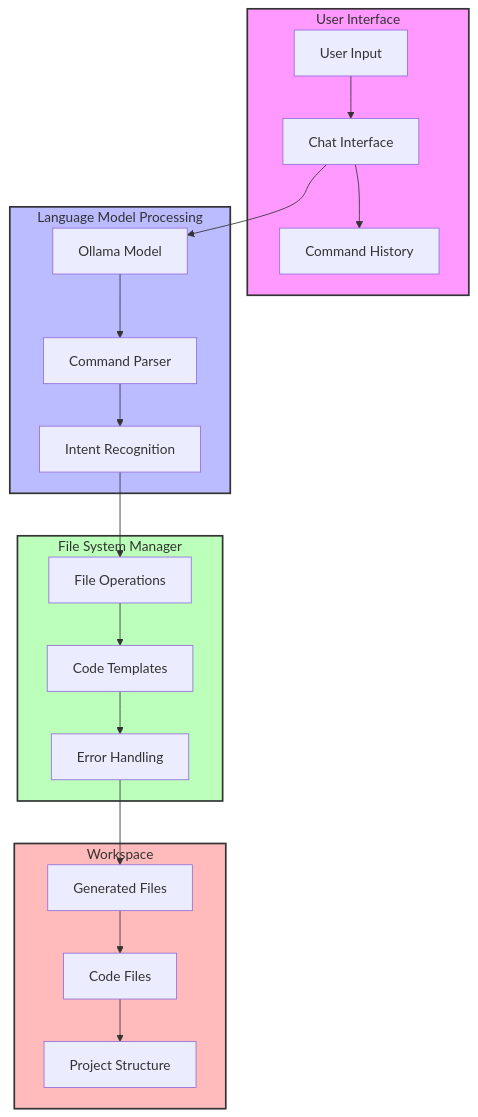
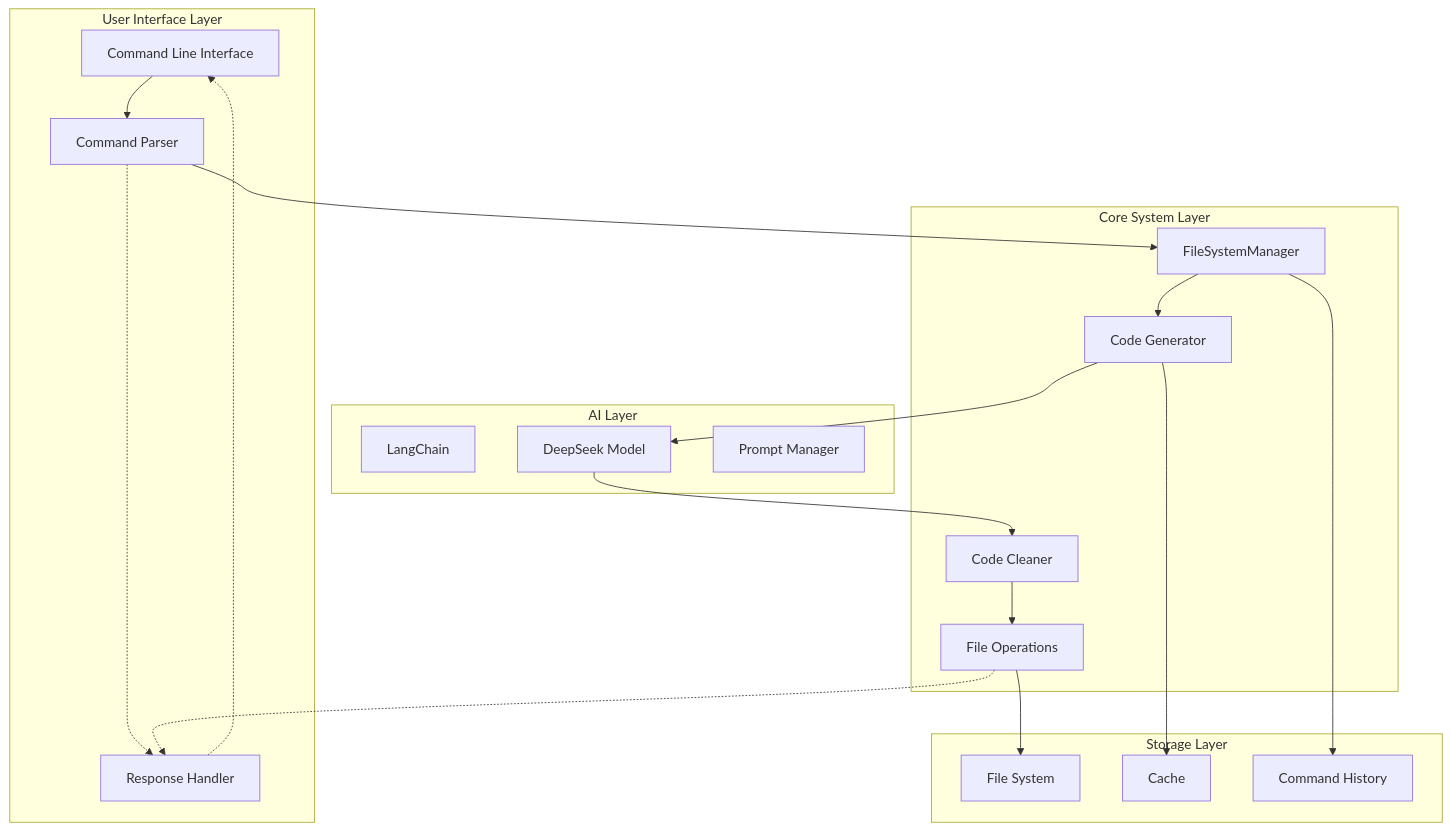
One commit to Iconoclast9000/OmniAIgent changed the diagram in docs/diagrams/system_architecture.mmd. Above: the diagram before and after it, drawn with Mermaid. The commit also changed 20 other files, not shown here.

Commit message:
Updated project with AI code generation and documentation

```diff
--- a/docs/diagrams/system_architecture.mmd
+++ b/docs/diagrams/system_architecture.mmd
@@ -1,29 +1,42 @@
-flowchart TB
-    subgraph UI[User Interface]
-        A[User Input] --> B[Chat Interface]
-        B --> C[Command History]
+graph TD
+    %% System Architecture Diagram
+    subgraph UserInterface["User Interface Layer"]
+        CLI[Command Line Interface]
+        Parser[Command Parser]
+        Response[Response Handler]
     end
 
-    subgraph LLM[Language Model Processing]
-        D[Ollama Model] --> E[Command Parser]
-        E --> F[Intent Recognition]
+    subgraph CoreSystem["Core System Layer"]
+        FSM[FileSystemManager]
+        CodeGen[Code Generator]
+        CodeClean[Code Cleaner]
+        FileOps[File Operations]
     end
 
-    subgraph FSM[File System Manager]
-        G[File Operations] --> H[Code Templates]
-        H --> I[Error Handling]
+    subgraph AILayer["AI Layer"]
+        LangChain[LangChain]
+        AIModel[DeepSeek Model]
+        Prompt[Prompt Manager]
     end
 
-    subgraph WS[Workspace]
-        J[Generated Files] --> K[Code Files]
-        K --> L[Project Structure]
+    subgraph Storage["Storage Layer"]
+        FS[File System]
+        Cache[Cache]
+        History[Command History]
     end
 
-    B --> D
-    F --> G
-    I --> J
+    %% Connections
+    CLI --> Parser
+    Parser --> FSM
+    FSM --> CodeGen
+    CodeGen --> AIModel
+    AIModel --> CodeClean
+    CodeClean --> FileOps
+    FileOps --> FS
+    FSM --> History
+    CodeGen --> Cache
 
-    style UI fill:#f9f,stroke:#333,stroke-width:2px
-    style LLM fill:#bbf,stroke:#333,stroke-width:2px
-    style FSM fill:#bfb,stroke:#333,stroke-width:2px
-    style WS fill:#fbb,stroke:#333,stroke-width:2px
+    %% Data Flow
+    Parser -.-> Response
+    FileOps -.-> Response
+    Response -.-> CLI
```
